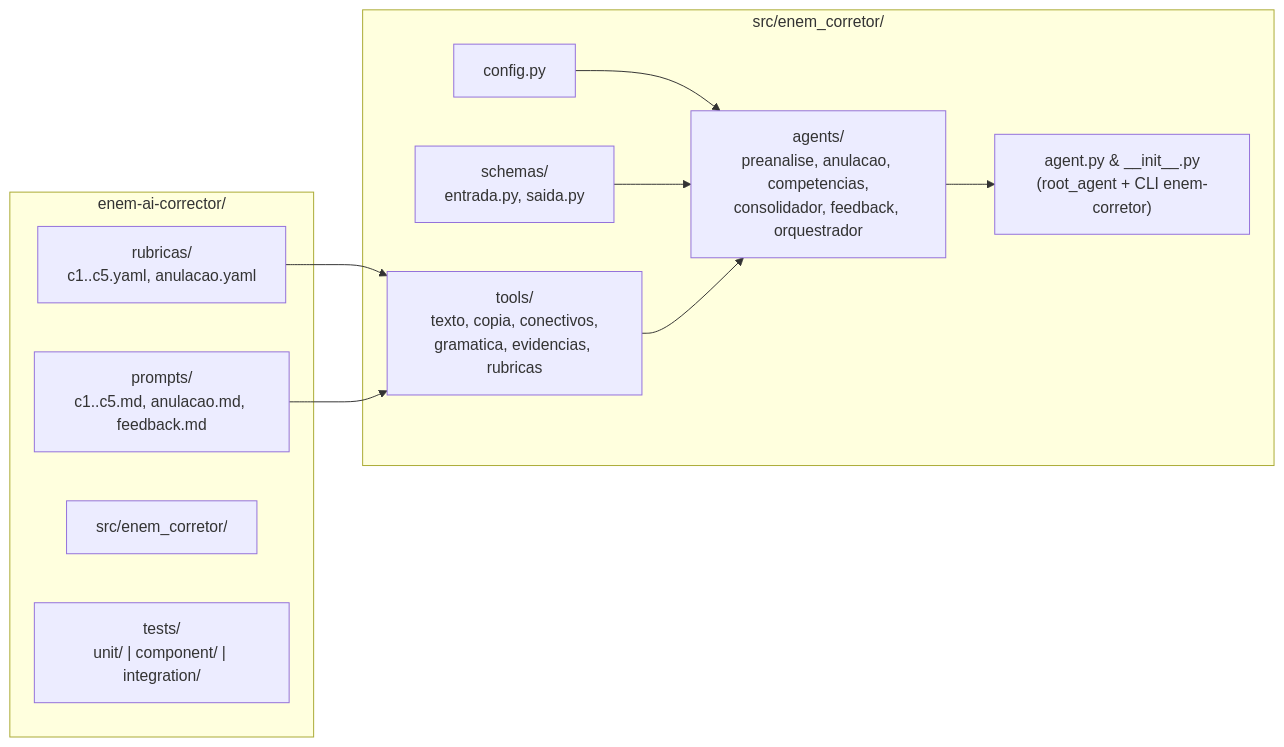
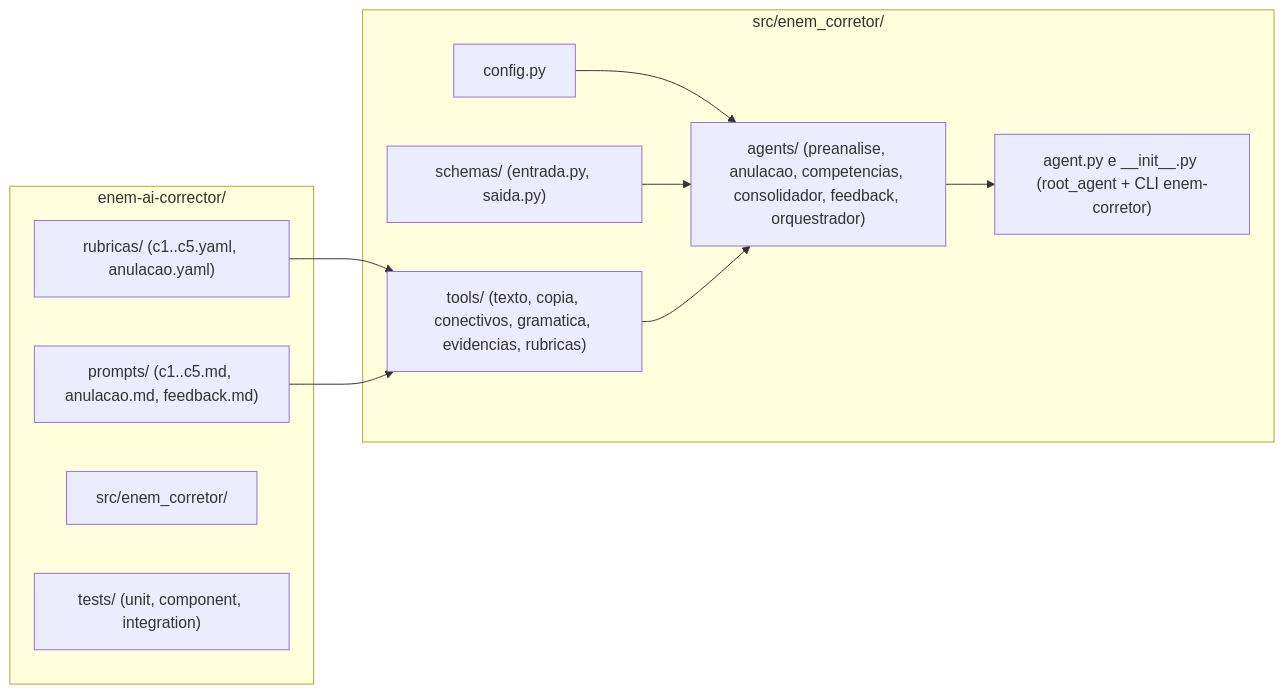
The fourth of 4 diagrams in README.md (hlaff147/enem-ai-corrector), drawn with Mermaid before and after one commit. The commit also changed other lines of this file, not shown here.

Commit message:
fix(docs): corrige sintaxe Mermaid do sequenceDiagram no README (palavra reservada Par)

````diff
--- a/README.md
+++ b/README.md
@@ -135,24 +135,24 @@
 ```mermaid
 graph LR
     subgraph Repo["enem-ai-corrector/"]
-        RUB["rubricas/<br/>c1..c5.yaml, anulacao.yaml"]
-        PRM["prompts/<br/>c1..c5.md, anulacao.md, feedback.md"]
+        RUB["rubricas/ (c1..c5.yaml, anulacao.yaml)"]
+        PRM["prompts/ (c1..c5.md, anulacao.md, feedback.md)"]
         SRC["src/enem_corretor/"]
-        TST["tests/<br/>unit/ | component/ | integration/"]
+        TST["tests/ (unit, component, integration)"]
     end
 
     subgraph Pacote["src/enem_corretor/"]
         CFG["config.py"]
-        SCH["schemas/<br/>entrada.py, saida.py"]
-        TLS["tools/<br/>texto, copia, conectivos,<br/>gramatica, evidencias, rubricas"]
-        AGS["agents/<br/>preanalise, anulacao, competencias,<br/>consolidador, feedback, orquestrador"]
-        ENT["agent.py & __init__.py<br/>(root_agent + CLI enem-corretor)"]
+        SCH["schemas/ (entrada.py, saida.py)"]
+        TLS["tools/ (texto, copia, conectivos, gramatica, evidencias, rubricas)"]
+        AGS["agents/ (preanalise, anulacao, competencias, consolidador, feedback, orquestrador)"]
+        ENT["agent.py e __init__.py (root_agent + CLI enem-corretor)"]
     end
 
     RUB --> TLS
     PRM --> TLS
     CFG --> AGS
     SCH --> AGS
     TLS --> AGS
     AGS --> ENT
 ```
````
